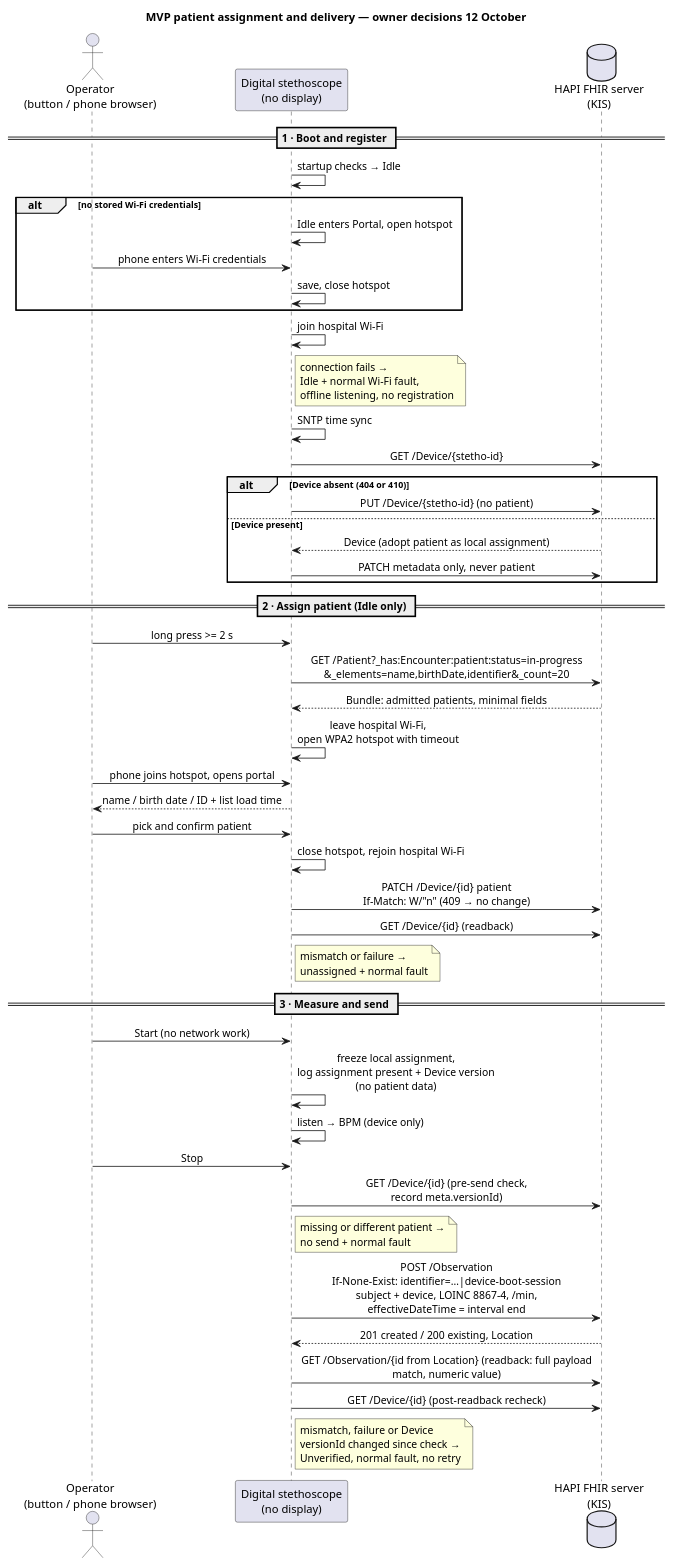
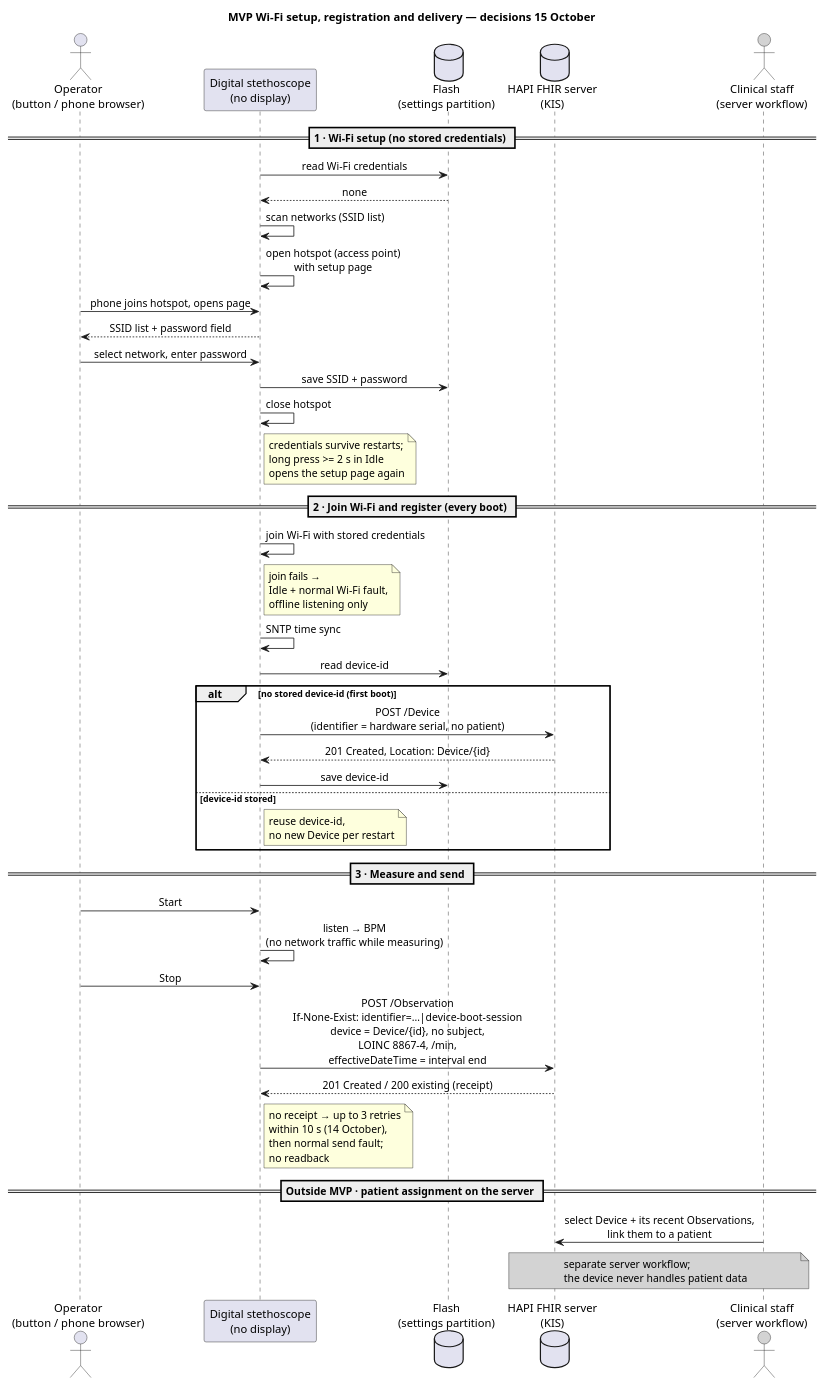
Before and after one commit to DemonicPsychoII/DigitalStethoscope: the diagram in Development/system/architecture/patient-assignment-workflow.puml, drawn with PlantUML. The commit also changed 33 other files, not shown here.

```diff
--- a/Development/system/architecture/patient-assignment-workflow.puml
+++ b/Development/system/architecture/patient-assignment-workflow.puml
@@ -1,53 +1,48 @@
 @startuml patient_assignment_workflow
 skinparam shadowing false
 skinparam defaultFontName SansSerif
 skinparam sequenceMessageAlign center
-title MVP patient assignment and delivery — owner decisions 12 October
+title MVP Wi-Fi setup, registration and delivery — decisions 15 October
 actor "Operator\n(button / phone browser)" as op
 participant "Digital stethoscope\n(no display)" as dev
+database "Flash\n(settings partition)" as flash
 database "HAPI FHIR server\n(KIS)" as fhir
+actor "Clinical staff\n(server workflow)" as staff #lightgrey
 
-== 1 · Boot and register ==
-dev -> dev : startup checks → Idle
-alt no stored Wi-Fi credentials
-  dev -> dev : Idle enters Portal, open hotspot
-  op -> dev : phone enters Wi-Fi credentials
-  dev -> dev : save, close hotspot
-end
-dev -> dev : join hospital Wi-Fi
-note right of dev : connection fails →\nIdle + normal Wi-Fi fault,\noffline listening, no registration
+== 1 · Wi-Fi setup (no stored credentials) ==
+dev -> flash : read Wi-Fi credentials
+flash --> dev : none
+dev -> dev : scan networks (SSID list)
+dev -> dev : open hotspot (access point)\nwith setup page
+op -> dev : phone joins hotspot, opens page
+dev --> op : SSID list + password field
+op -> dev : select network, enter password
+dev -> flash : save SSID + password
+dev -> dev : close hotspot
+note right of dev : credentials survive restarts;\nlong press >= 2 s in Idle\nopens the setup page again
+
+== 2 · Join Wi-Fi and register (every boot) ==
+dev -> dev : join Wi-Fi with stored credentials
+note right of dev : join fails →\nIdle + normal Wi-Fi fault,\noffline listening only
 dev -> dev : SNTP time sync
-dev -> fhir : GET /Device/{stetho-id}
-alt Device absent (404 or 410)
-  dev -> fhir : PUT /Device/{stetho-id} (no patient)
-else Device present
-  fhir --> dev : Device (adopt patient as local assignment)
-  dev -> fhir : PATCH metadata only, never patient
+dev -> flash : read device-id
+alt no stored device-id (first boot)
+  dev -> fhir : POST /Device\n(identifier = hardware serial, no patient)
+  fhir --> dev : 201 Created, Location: Device/{id}
+  dev -> flash : save device-id
+else device-id stored
+  note right of dev : reuse device-id,\nno new Device per restart
 end
 
-== 2 · Assign patient (Idle only) ==
-op -> dev : long press >= 2 s
-dev -> fhir : GET /Patient?_has:Encounter:patient:status=in-progress\n&_elements=name,birthDate,identifier&_count=20
-fhir --> dev : Bundle: admitted patients, minimal fields
-dev -> dev : leave hospital Wi-Fi,\nopen WPA2 hotspot with timeout
-op -> dev : phone joins hotspot, opens portal
-dev --> op : name / birth date / ID + list load time
-op -> dev : pick and confirm patient
-dev -> dev : close hotspot, rejoin hospital Wi-Fi
-dev -> fhir : PATCH /Device/{id} patient\nIf-Match: W/"n" (409 → no change)
-dev -> fhir : GET /Device/{id} (readback)
-note right of dev : mismatch or failure →\nunassigned + normal fault
+== 3 · Measure and send ==
+op -> dev : Start
+dev -> dev : listen → BPM\n(no network traffic while measuring)
+op -> dev : Stop
+dev -> fhir : POST /Observation\nIf-None-Exist: identifier=…|device-boot-session\ndevice = Device/{id}, no subject,\nLOINC 8867-4, /min,\neffectiveDateTime = interval end
+fhir --> dev : 201 Created / 200 existing (receipt)
+note right of dev : no receipt → up to 3 retries\nwithin 10 s (14 October),\nthen normal send fault;\nno readback
 
-== 3 · Measure and send ==
-op -> dev : Start (no network work)
-dev -> dev : freeze local assignment,\nlog assignment present + Device version\n(no patient data)
-dev -> dev : listen → BPM (device only)
-op -> dev : Stop
-dev -> fhir : GET /Device/{id} (pre-send check,\nrecord meta.versionId)
-note right of dev : missing or different patient →\nno send + normal fault
-dev -> fhir : POST /Observation\nIf-None-Exist: identifier=…|device-boot-session\nsubject + device, LOINC 8867-4, /min,\neffectiveDateTime = interval end
-fhir --> dev : 201 created / 200 existing, Location
-dev -> fhir : GET /Observation/{id from Location} (readback: full payload\nmatch, numeric value)
-dev -> fhir : GET /Device/{id} (post-readback recheck)
-note right of dev : mismatch, failure or Device\nversionId changed since check →\nUnverified, normal fault, no retry
+== Outside MVP · patient assignment on the server ==
+staff -> fhir : select Device + its recent Observations,\nlink them to a patient
+note over fhir, staff #lightgrey : separate server workflow;\nthe device never handles patient data
 @enduml
```
